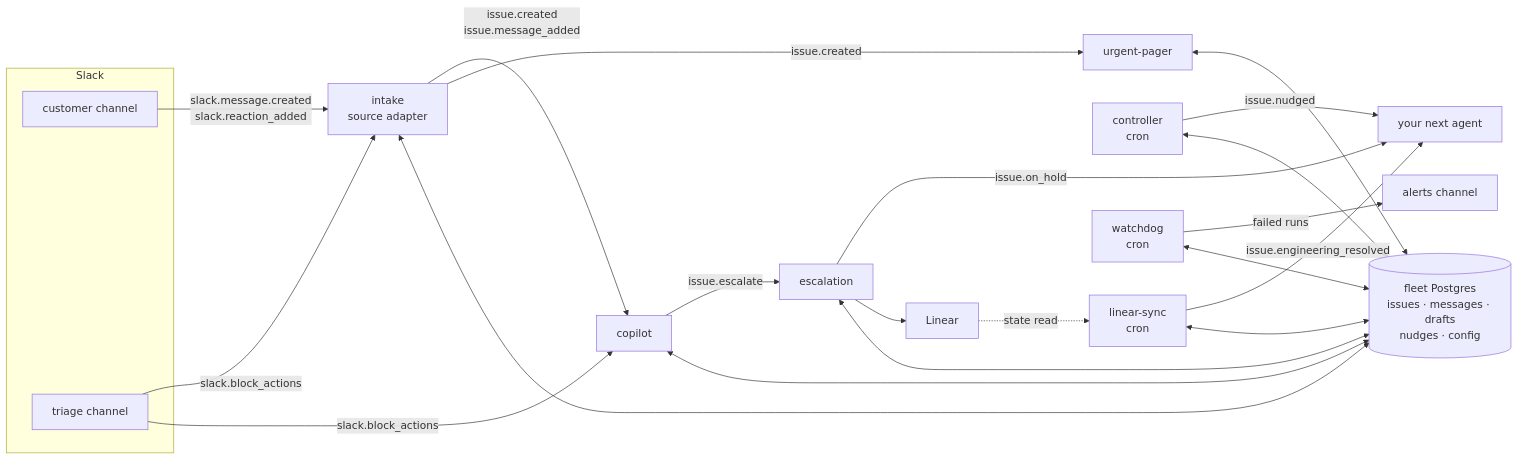
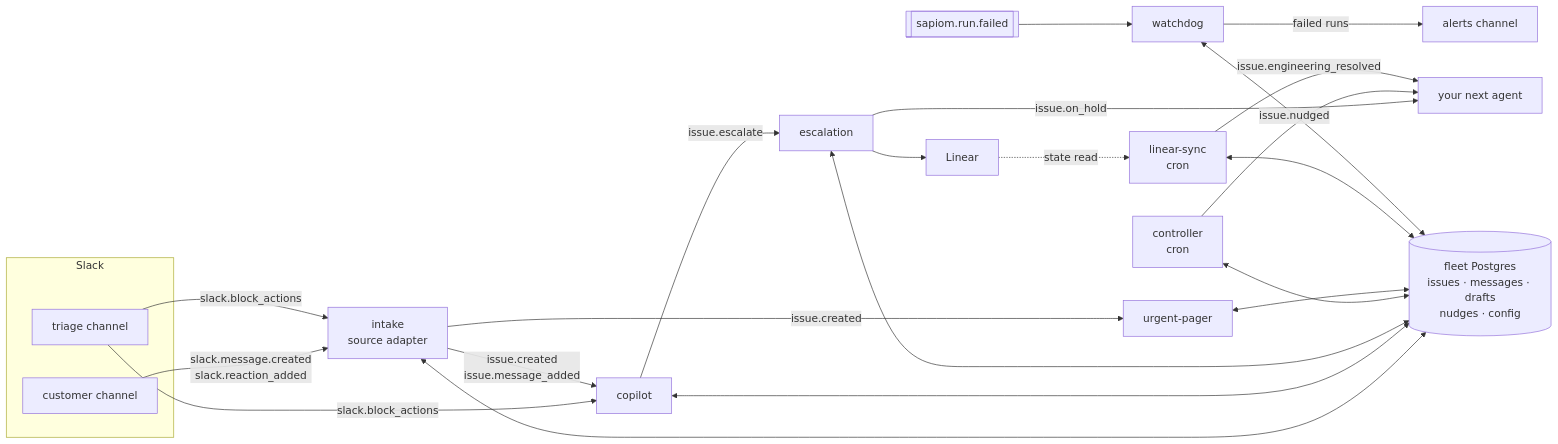
The diagram in examples/support-desk/README.md (sapiom/sapiom-js), drawn with Mermaid before and after one commit. The commit also changed other lines of this file and 20 other files, not shown here.

First line of the commit message:
feat(examples): support desk watchdog runs on sapiom.run.failed, no key [SAP-3847]

````diff
--- a/examples/support-desk/README.md
+++ b/examples/support-desk/README.md
@@ -30,20 +30,21 @@
 ```mermaid
 flowchart LR
   subgraph Slack
     C[customer channel]
     T[triage channel]
   end
   C -- slack.message.created<br/>slack.reaction_added --> I[intake<br/>source adapter]
   T -- slack.block_actions --> I
   T -- slack.block_actions --> P[copilot]
   I -- issue.created<br/>issue.message_added --> P
   I -- issue.created --> U[urgent-pager]
   P -- issue.escalate --> E[escalation]
   E -- issue.on_hold --> F[your next agent]
   K[controller<br/>cron] -- issue.nudged --> F
   E --> L[Linear]
   L -. state read .-> S[linear-sync<br/>cron]
   S -- issue.engineering_resolved --> F
-  W[watchdog<br/>cron] -- failed runs --> A[alerts channel]
+  R[[sapiom.run.failed]] --> W[watchdog]
+  W -- failed runs --> A[alerts channel]
   I & P & E & K & U & S & W <--> DB[(fleet Postgres<br/>issues · messages · drafts<br/>nudges · config)]
 ```
````
